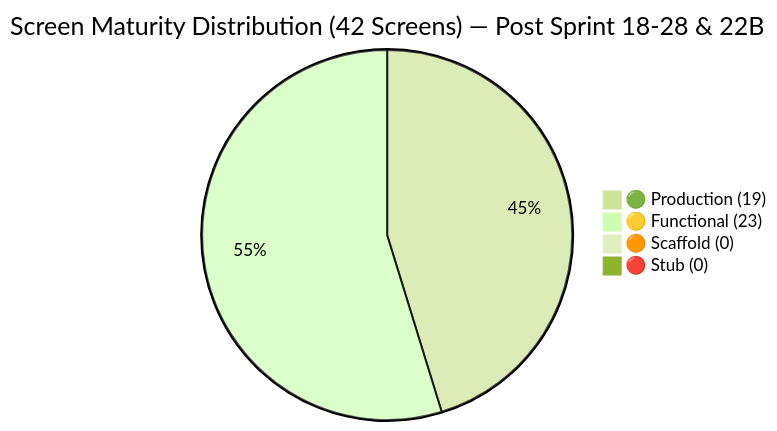
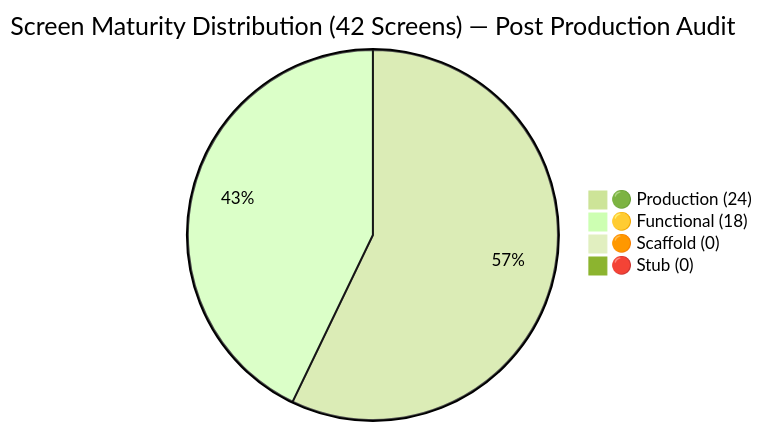
The first of 2 diagrams in unified_implementation_plan.md (TheBestDeveloperTeam/UAE-Laundry-Pro), drawn with Mermaid (forest theme) before and after one commit. The commit also changed other lines of this file and 24 other files, not shown here.

Commit message:
feat(delivery): complete C0-C16 production audit, harden database indexes, logger rotation, and hardware printer diagnostics

````diff
--- a/unified_implementation_plan.md
+++ b/unified_implementation_plan.md
@@ -107,7 +111,7 @@
 ```mermaid
-pie title Screen Maturity Distribution (42 Screens) — Post Sprint 18-28 & 22B
-    "🟢 Production (19)" : 19
-    "🟡 Functional (23)" : 23
+pie title Screen Maturity Distribution (42 Screens) — Post Production Audit
+    "🟢 Production (24)" : 24
+    "🟡 Functional (18)" : 18
     "🟠 Scaffold (0)" : 0
     "🔴 Stub (0)" : 0
 ```
````
